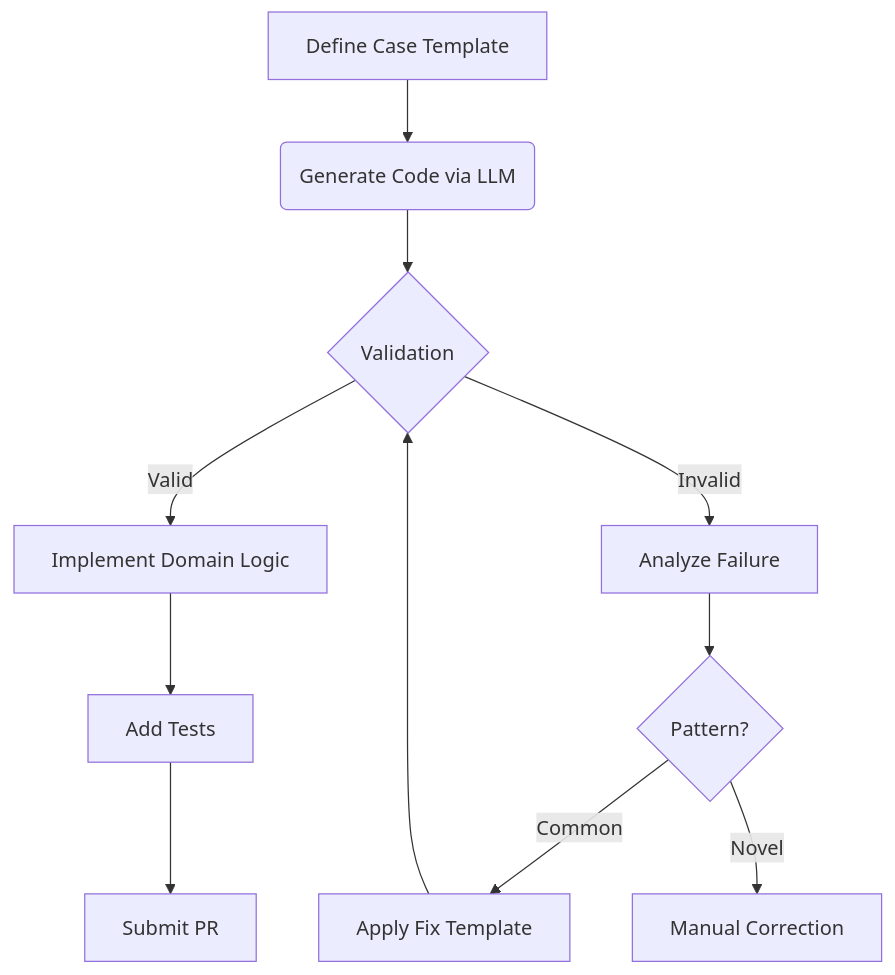
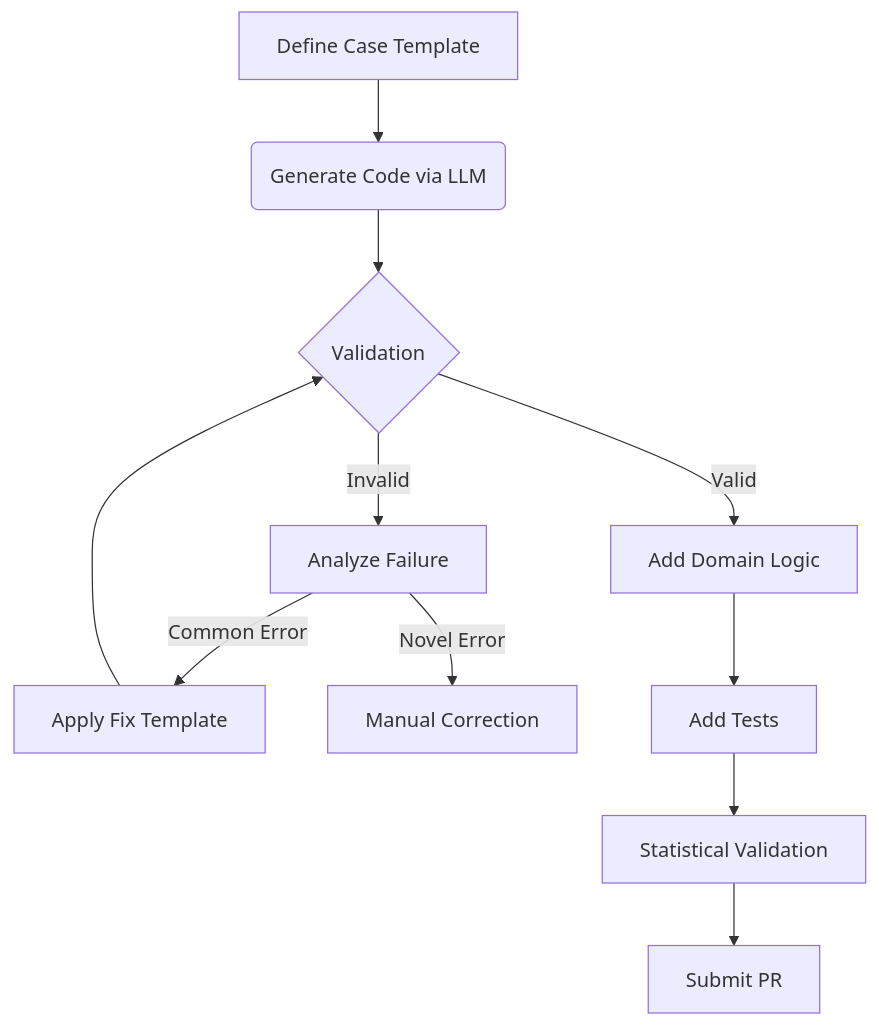
Before and after one commit to genaforvena/watching_u_watching: the first of 2 diagrams in how_to_apply_guide/extending_framework.md, drawn with Mermaid. The commit also changed other lines of this file and 2 other files, not shown here.

Commit message:
docs: update and finalize how_to_apply_guide directory with improved templates and guidance

````diff
--- a/how_to_apply_guide/extending_framework.md
+++ b/how_to_apply_guide/extending_framework.md
@@ -111,13 +75,13 @@
 ```mermaid
 graph TD
-A[Define Case Template] --> B(Generate Code via LLM)
-B --> C{Validation}
-C -->|Valid| D[Implement Domain Logic]
-C -->|Invalid| E[Analyze Failure]
-E --> F{Pattern?}
-F -->|Common| G[Apply Fix Template]
-F -->|Novel| H[Manual Correction]
-G --> C
-D --> I[Add Tests]
-I --> J[Submit PR]
+    A[Define Case Template] --> B(Generate Code via LLM)
+    B --> C{Validation}
+    C -->|Valid| D[Add Domain Logic]
+    C -->|Invalid| E[Analyze Failure]
+    E -->|Common Error| F[Apply Fix Template]
+    E -->|Novel Error| G[Manual Correction]
+    F --> C
+    D --> H[Add Tests]
+    H --> I[Statistical Validation]
+    I --> J[Submit PR]
 ```
````
